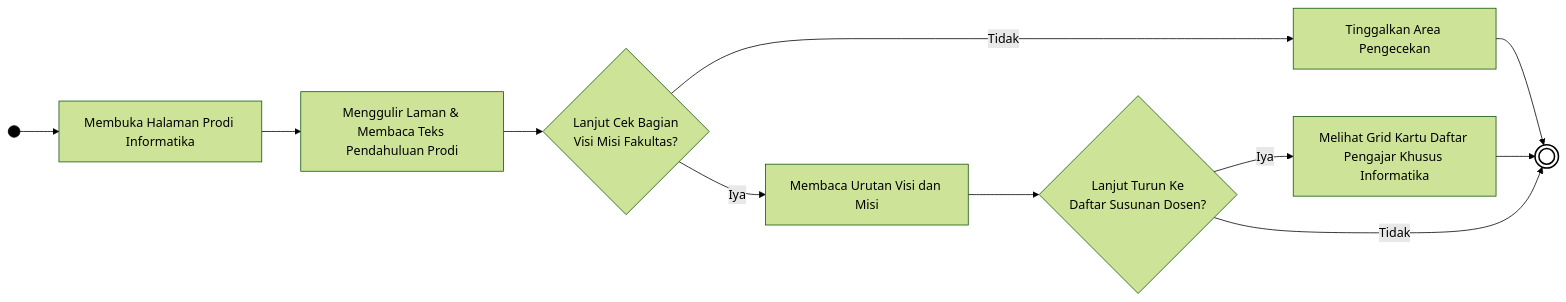
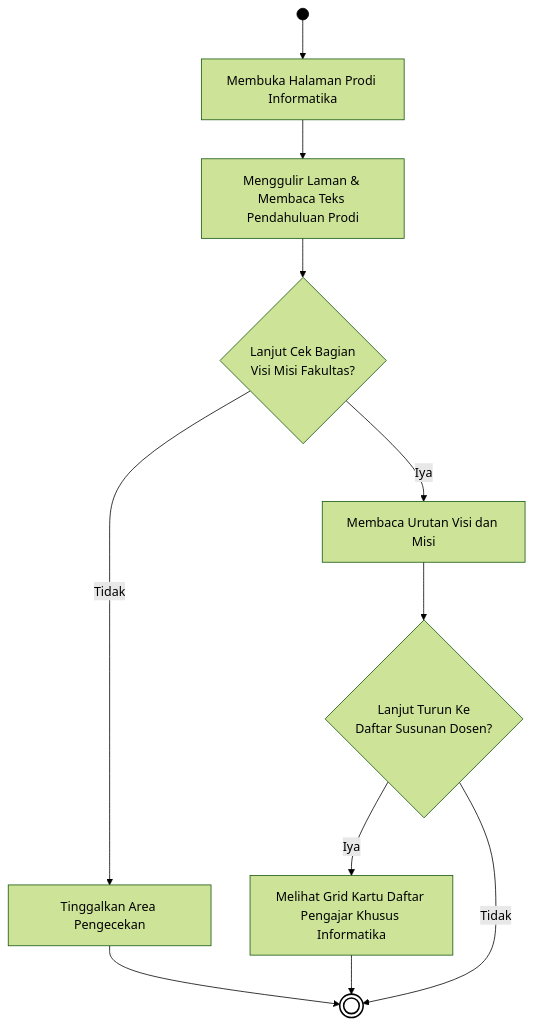
One commit to arbain-dev/Web_fikom changed the seventh of 12 diagrams in docs/01B_DIAGRAM_AKTIVITAS_PUBLIK.md. Above: the diagram before and after it, drawn with Mermaid (forest theme). The commit also changed other lines of this file, not shown here.

Commit message:
docs: ubah orientasi diagram kembali vertikal TD sesuai arahan

````diff
--- a/docs/01B_DIAGRAM_AKTIVITAS_PUBLIK.md
+++ b/docs/01B_DIAGRAM_AKTIVITAS_PUBLIK.md
@@ -174,21 +174,21 @@
 ```mermaid
-flowchart LR
+flowchart TD
     Start(( )) --> A[Membuka Halaman Prodi Informatika]
     
     A --> B[Menggulir Laman & Membaca Teks Pendahuluan Prodi]
     B --> C{Lanjut Cek Bagian\nVisi Misi Fakultas?}
     
     C -- Iya --> D[Membaca Urutan Visi dan Misi]
     D --> E{Lanjut Turun Ke\nDaftar Susunan Dosen?}
     
     C -- Tidak --> F[Tinggalkan Area Pengecekan]
     F --> End((( )))
     
     E -- Iya --> G[Melihat Grid Kartu Daftar Pengajar Khusus Informatika]
     G --> End
     
     E -- Tidak --> End
     
     style Start fill:#000,stroke:#000,color:#000
     style End fill:#fff,stroke:#000,stroke-width:2px
 ```
````
